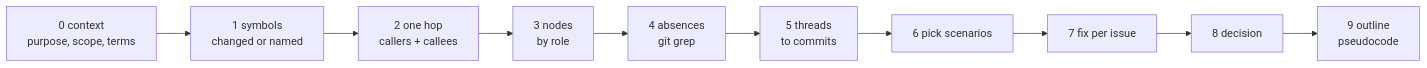
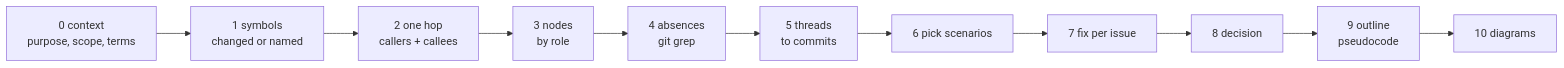
Before and after one commit to gauravprwl14/100x-engineer: the diagram in skills/explain/references/research-recipe.md, drawn with Mermaid. The commit also changed other lines of this file and 1 other file, not shown here.

Commit message:
docs(explain): diagram rule and recipe

````diff
--- a/skills/explain/references/research-recipe.md
+++ b/skills/explain/references/research-recipe.md
@@ -7,12 +7,13 @@
 ```mermaid
 flowchart LR
   X[0 context<br/>purpose, scope, terms] --> S[1 symbols<br/>changed or named]
   S --> H[2 one hop<br/>callers + callees]
   H --> N[3 nodes<br/>by role]
   N --> A[4 absences<br/>git grep]
   A --> T[5 threads<br/>to commits]
   T --> P[6 pick scenarios]
   P --> F[7 fix per issue]
   F --> D[8 decision]
   D --> O[9 outline<br/>pseudocode]
+  O --> G[10 diagrams]
 ```
````
